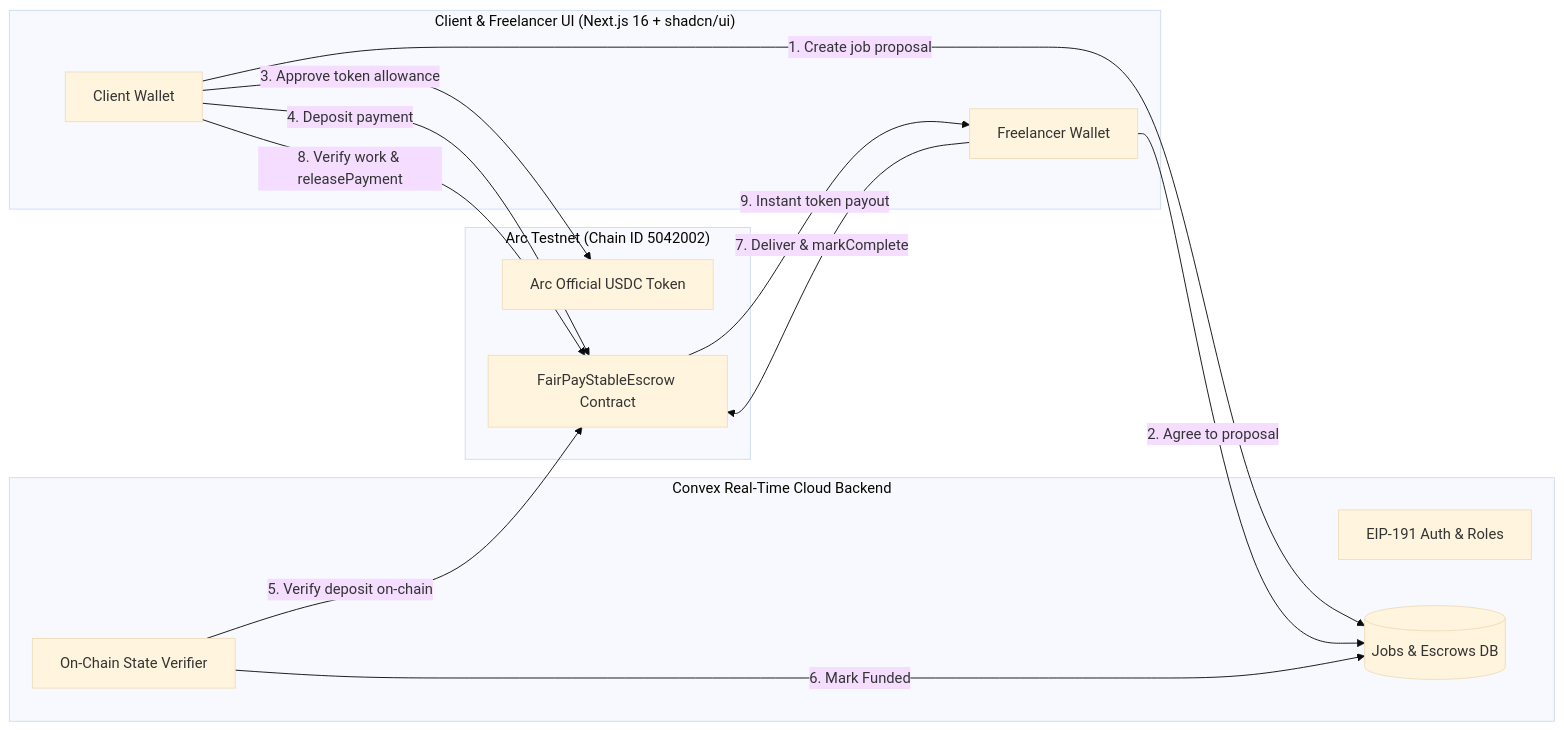
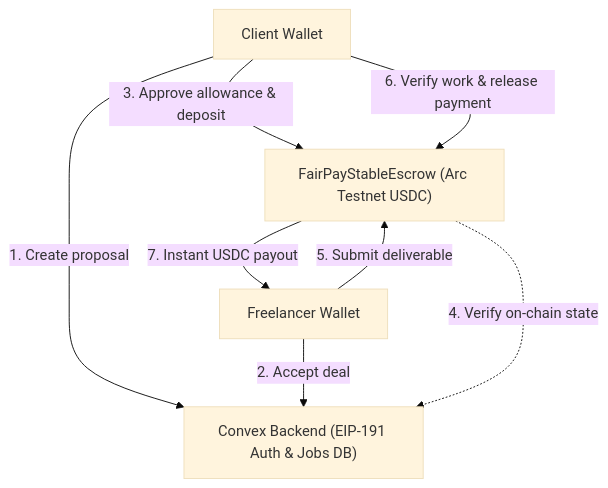
The first of 2 diagrams in README.md (ritesh-sinha29/FairPay), drawn with Mermaid (base theme) before and after one commit.

Commit message:
docs(readme): clean up architecture diagram and remove pink subgraphs
Streamline Mermaid architecture diagram to eliminate default pastel subgraph backgrounds for better dark-mode readability.

````diff
--- a/README.md
+++ b/README.md
@@ -42,28 +42,15 @@
 ```mermaid
-flowchart LR
-    subgraph Frontend["Client & Freelancer UI (Next.js 16 + shadcn/ui)"]
-        Client[Client Wallet]
-        Freelancer[Freelancer Wallet]
-    end
+flowchart TD
+    Client["Client Wallet"]
+    Freelancer["Freelancer Wallet"]
+    Convex["Convex Backend (EIP-191 Auth & Jobs DB)"]
+    Escrow["FairPayStableEscrow (Arc Testnet USDC)"]
 
-    subgraph Backend["Convex Real-Time Cloud Backend"]
-        Auth[EIP-191 Auth & Roles]
-        JobsDB[(Jobs & Escrows DB)]
-        Verifier[On-Chain State Verifier]
-    end
-
-    subgraph Blockchain["Arc Testnet (Chain ID 5042002)"]
-        USDC[Arc Official USDC Token]
-        Escrow[FairPayStableEscrow Contract]
-    end
-
-    Client -->|1. Create job proposal| JobsDB
-    Freelancer -->|2. Agree to proposal| JobsDB
-    Client -->|3. Approve token allowance| USDC
-    Client -->|4. Deposit payment| Escrow
-    Verifier -->|5. Verify deposit on-chain| Escrow
-    Verifier -->|6. Mark Funded| JobsDB
-    Freelancer -->|7. Deliver & markComplete| Escrow
-    Client -->|8. Verify work & releasePayment| Escrow
-    Escrow -->|9. Instant token payout| Freelancer
+    Client -->|"1. Create proposal"| Convex
+    Freelancer -->|"2. Accept deal"| Convex
+    Client -->|"3. Approve allowance & deposit"| Escrow
+    Escrow -.->|"4. Verify on-chain state"| Convex
+    Freelancer -->|"5. Submit deliverable"| Escrow
+    Client -->|"6. Verify work & release payment"| Escrow
+    Escrow -->|"7. Instant USDC payout"| Freelancer
 ```
````
